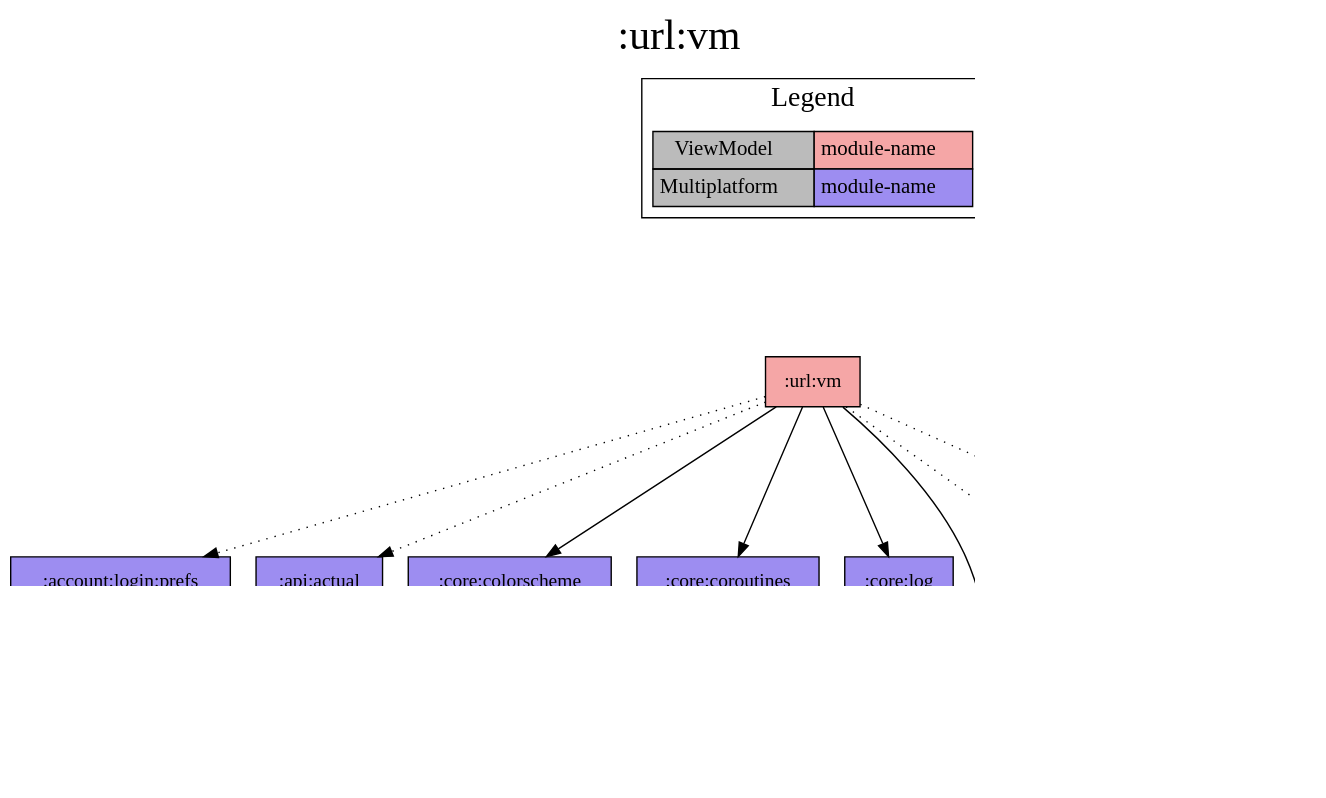
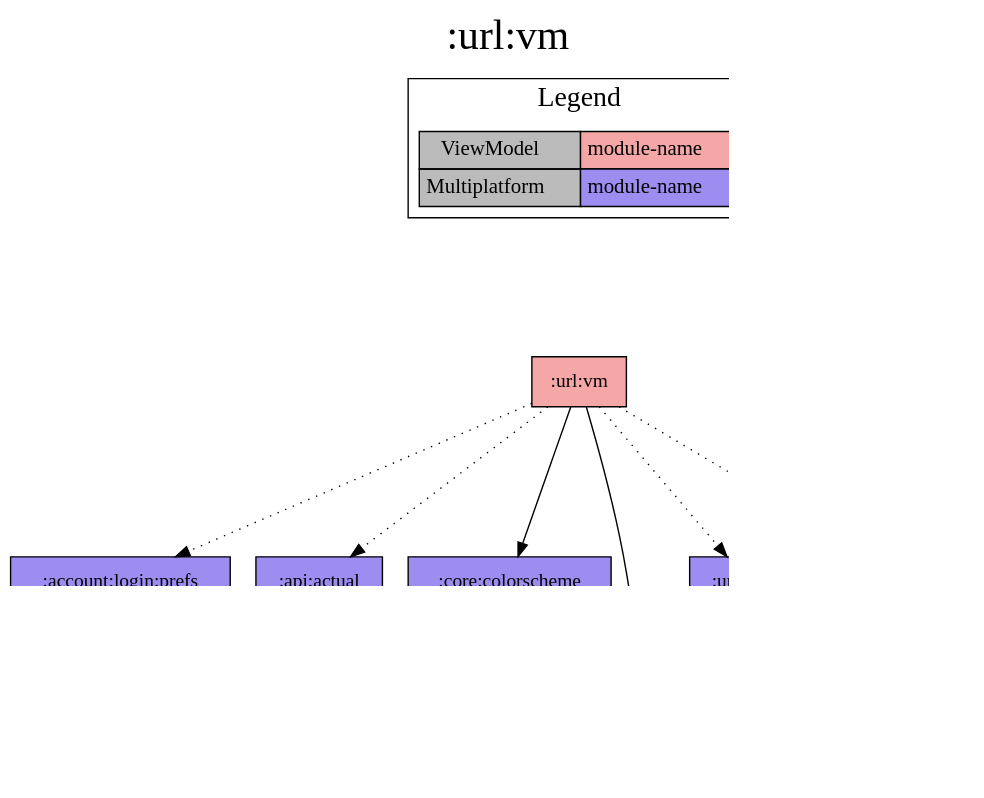
Before and after one commit to jonapoul/aktual: the diagram in modules/url/vm/project-dependency-graph.dot, drawn with Graphviz. The commit also changed 91 other files, not shown here.

```diff
--- a/modules/url/vm/project-dependency-graph.dot
+++ b/modules/url/vm/project-dependency-graph.dot
@@ -1,43 +1,39 @@
 digraph {
 edge ["dir"="forward"]
 graph ["dpi"="100","label"=":url:vm","labelloc"="t","fontsize"="30","ranksep"="1.5","rankdir"="TB"]
 node ["style"="filled"]
 ":account:login:prefs" ["fillcolor"="#9D8DF1","shape"="box"]
 ":account:model" ["fillcolor"="#9D8DF1","shape"="box"]
 ":api:actual" ["fillcolor"="#9D8DF1","shape"="box"]
 ":core:buildconfig" ["fillcolor"="#9D8DF1","shape"="box"]
 ":core:colorscheme" ["fillcolor"="#9D8DF1","shape"="box"]
-":core:coroutines" ["fillcolor"="#9D8DF1","shape"="box"]
-":core:log" ["fillcolor"="#9D8DF1","shape"="box"]
 ":core:versions" ["fillcolor"="#9D8DF1","shape"="box"]
 ":url:model" ["fillcolor"="#9D8DF1","shape"="box"]
 ":url:prefs" ["fillcolor"="#9D8DF1","shape"="box"]
 ":url:vm" ["fillcolor"="#F5A6A6","shape"="box"]
 {
 edge ["dir"="none"]
 graph ["rank"="same"]
 }
 ":account:login:prefs" -> ":account:model"
 ":api:actual" -> ":account:model"
 ":api:actual" -> ":url:model"
 ":core:versions" -> ":core:buildconfig"
 ":url:prefs" -> ":url:model"
 ":url:vm" -> ":account:login:prefs" ["style"="dotted"]
 ":url:vm" -> ":api:actual" ["style"="dotted"]
 ":url:vm" -> ":core:colorscheme"
-":url:vm" -> ":core:coroutines"
-":url:vm" -> ":core:log"
 ":url:vm" -> ":core:versions" ["style"="dotted"]
 ":url:vm" -> ":url:model"
 ":url:vm" -> ":url:prefs" ["style"="dotted"]
 subgraph "cluster_legend" {
 edge ["dir"="none"]
 graph ["label"="Legend","fontsize"="20"]
 "Legend" ["style"="filled","fillcolor"="#bbbbbb","shape"="none","margin"="0","fontsize"="15","label"=<
 <TABLE BORDER="0" CELLBORDER="1" CELLSPACING="0" CELLPADDING="4">
 <TR><TD>ViewModel</TD><TD BGCOLOR="#F5A6A6">module-name</TD></TR>
 <TR><TD>Multiplatform</TD><TD BGCOLOR="#9D8DF1">module-name</TD></TR>
 </TABLE>
 >]
 } -> ":url:vm" ["style"="invis"]
 }
```
